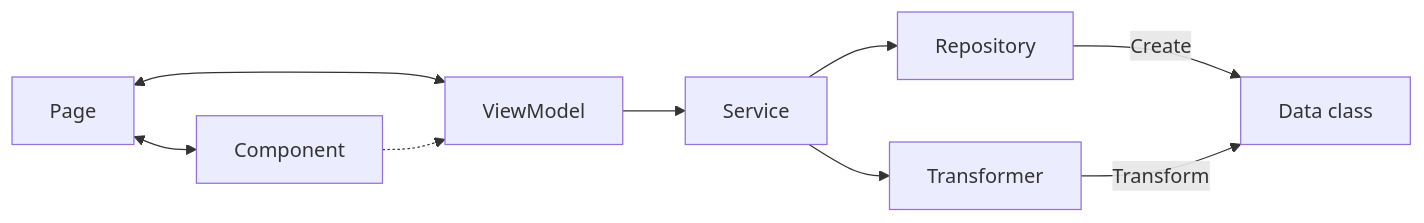
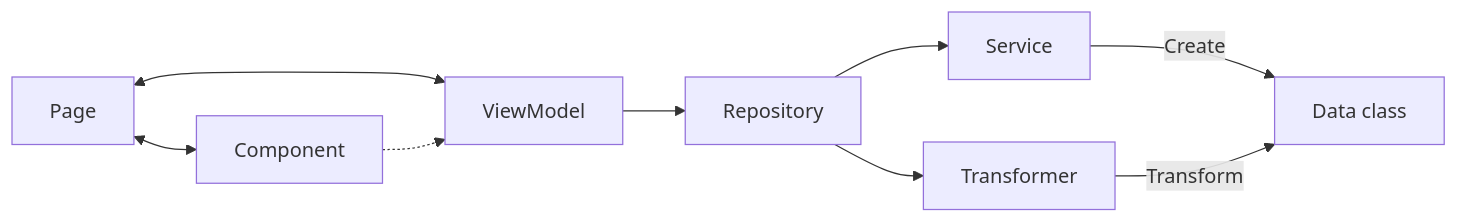
Before and after one commit to TomLgpl/FlutterTemplate: the diagram in README.md, drawn with Mermaid. The commit also changed other lines of this file and 9 other files, not shown here.

Commit message:
fix: Wrong repository / service name

````diff
--- a/README.md
+++ b/README.md
@@ -63,18 +63,18 @@
 ```mermaid
 flowchart LR
     Page
     ViewModel
     Component
+    Repository
+    Transformer
     Service
-    Transformer
-    Repository
     DataClass[Data class]
     Page<-->ViewModel
     Page<-->Component
-    ViewModel-->Service
-    Service-->Transformer
-    Service-->Repository
+    ViewModel-->Repository
+    Repository-->Transformer
+    Repository-->Service
     Component .->ViewModel
-    Repository-- Create -->DataClass
+    Service-- Create -->DataClass
     Transformer-- Transform -->DataClass
 ```
````
